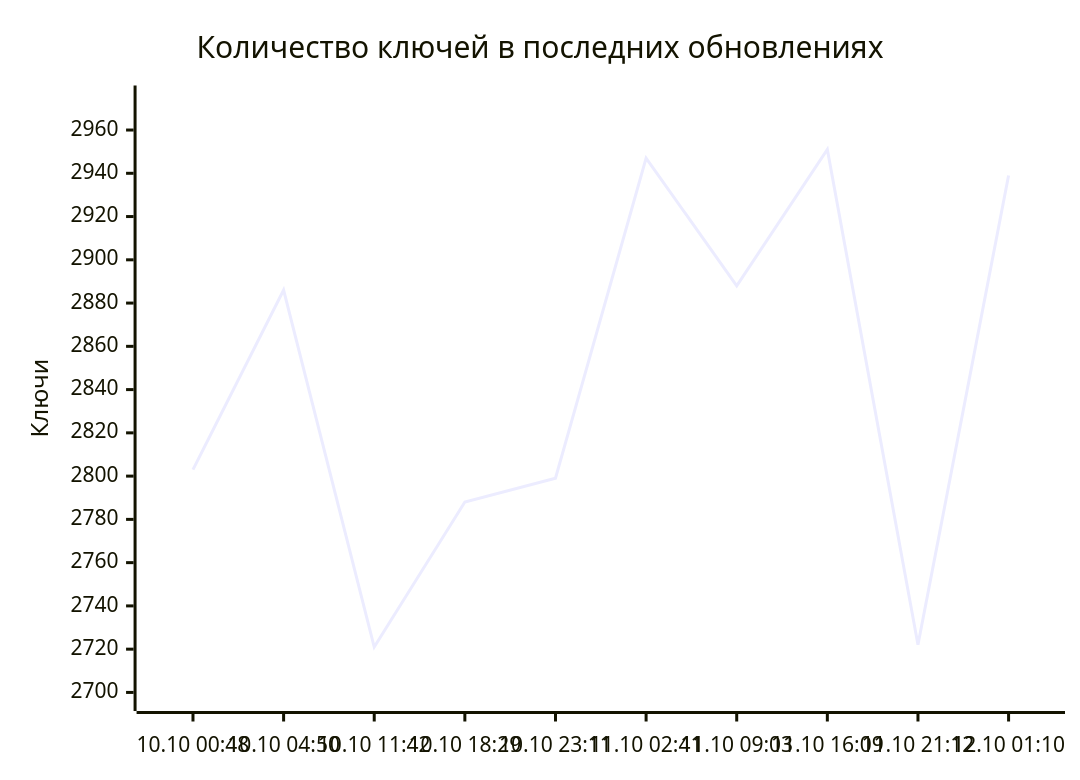
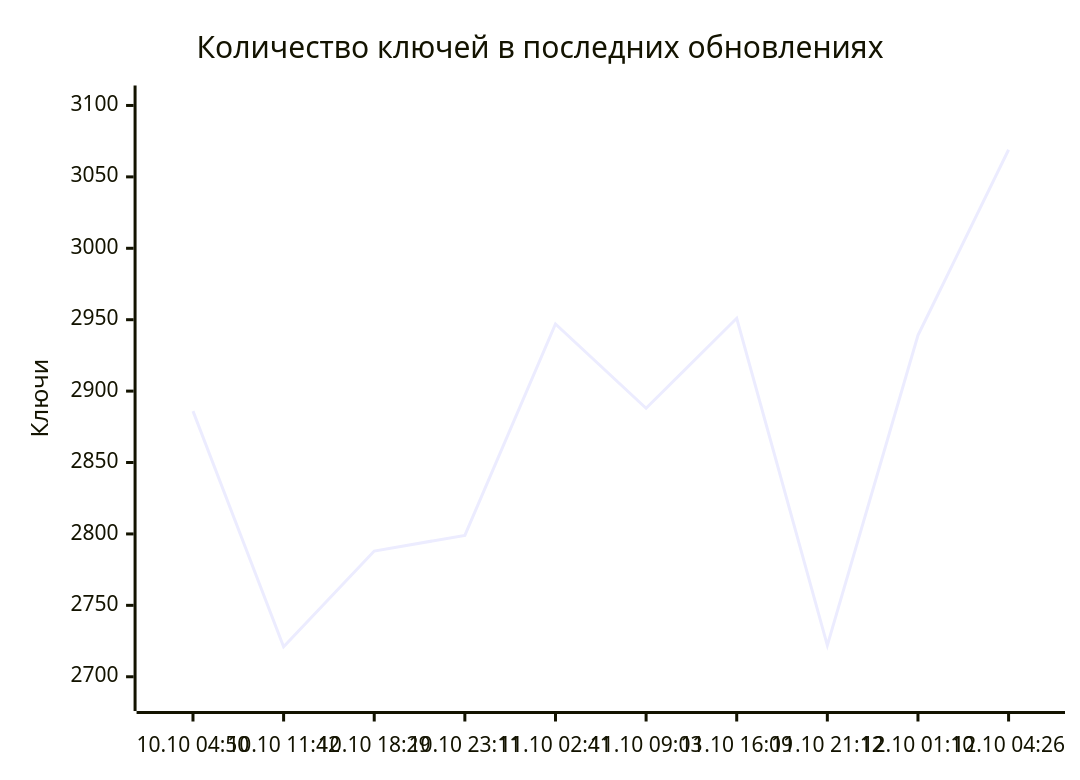
One commit to markKikhtenko/WireVeil changed the diagram in README.md. Above: the diagram before and after it, drawn with Mermaid. The commit also changed other lines of this file and 12 other files, not shown here.

````diff
--- a/README.md
+++ b/README.md
@@ -55,7 +55,7 @@
 ```mermaid
 xychart-beta
     title "Количество ключей в последних обновлениях"
-    x-axis ["10.10 00:48", "10.10 04:50", "10.10 11:42", "10.10 18:29", "10.10 23:11", "11.10 02:41", "11.10 09:03", "11.10 16:09", "11.10 21:12", "12.10 01:10"]
-    y-axis "Ключи" 2698 --> 2974
-    line [2803, 2886, 2721, 2788, 2799, 2947, 2888, 2951, 2722, 2939]
+    x-axis ["10.10 04:50", "10.10 11:42", "10.10 18:29", "10.10 23:11", "11.10 02:41", "11.10 09:03", "11.10 16:09", "11.10 21:12", "12.10 01:10", "12.10 04:26"]
+    y-axis "Ключи" 2686 --> 3104
+    line [2886, 2721, 2788, 2799, 2947, 2888, 2951, 2722, 2939, 3069]
 ```
````
